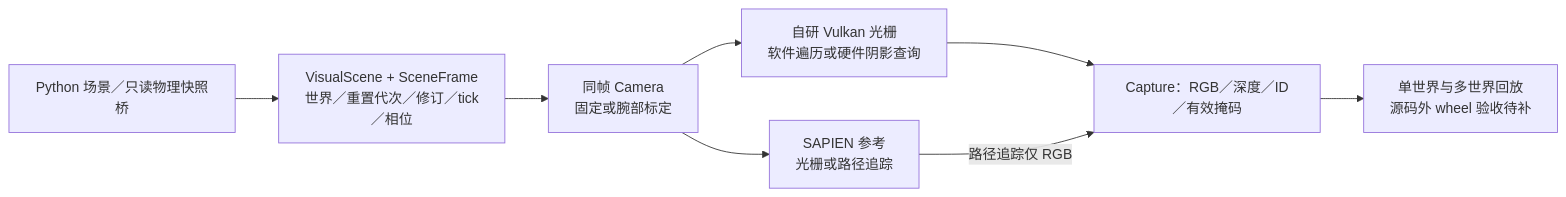
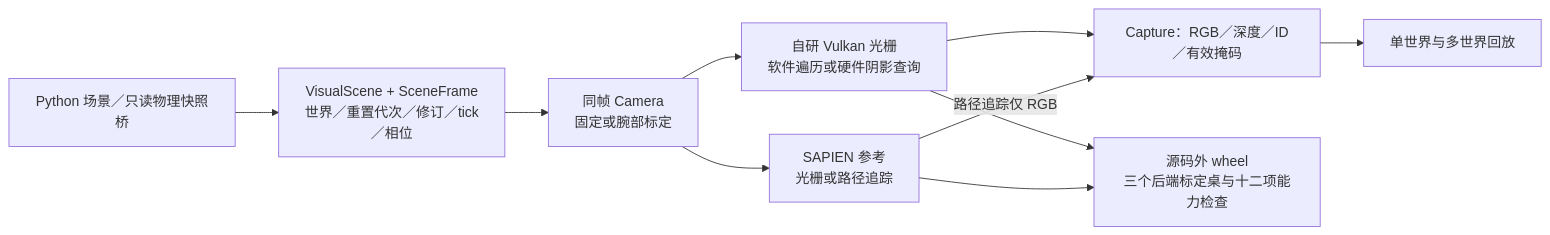
Before and after one commit to ChenxrC/phymeo: the diagram in rendering/results/engine-capabilities.md, drawn with Mermaid. The commit also changed other lines of this file and 13 other files, not shown here.

````diff
--- a/rendering/results/engine-capabilities.md
+++ b/rendering/results/engine-capabilities.md
@@ -5,10 +5,12 @@
 ```mermaid
 flowchart LR
   A[Python 场景／只读物理快照桥] --> B[VisualScene + SceneFrame<br/>世界／重置代次／修订／tick／相位]
   B --> C[同帧 Camera<br/>固定或腕部标定]
   C --> D[自研 Vulkan 光栅<br/>软件遍历或硬件阴影查询]
   C --> E[SAPIEN 参考<br/>光栅或路径追踪]
   D --> F[Capture：RGB／深度／ID／有效掩码]
   E -->|路径追踪仅 RGB| F
-  F --> G[单世界与多世界回放<br/>源码外 wheel 验收待补]
+  F --> G[单世界与多世界回放]
+  D --> H[源码外 wheel<br/>三个后端标定桌与十二项能力检查]
+  E --> H
 ```
````
